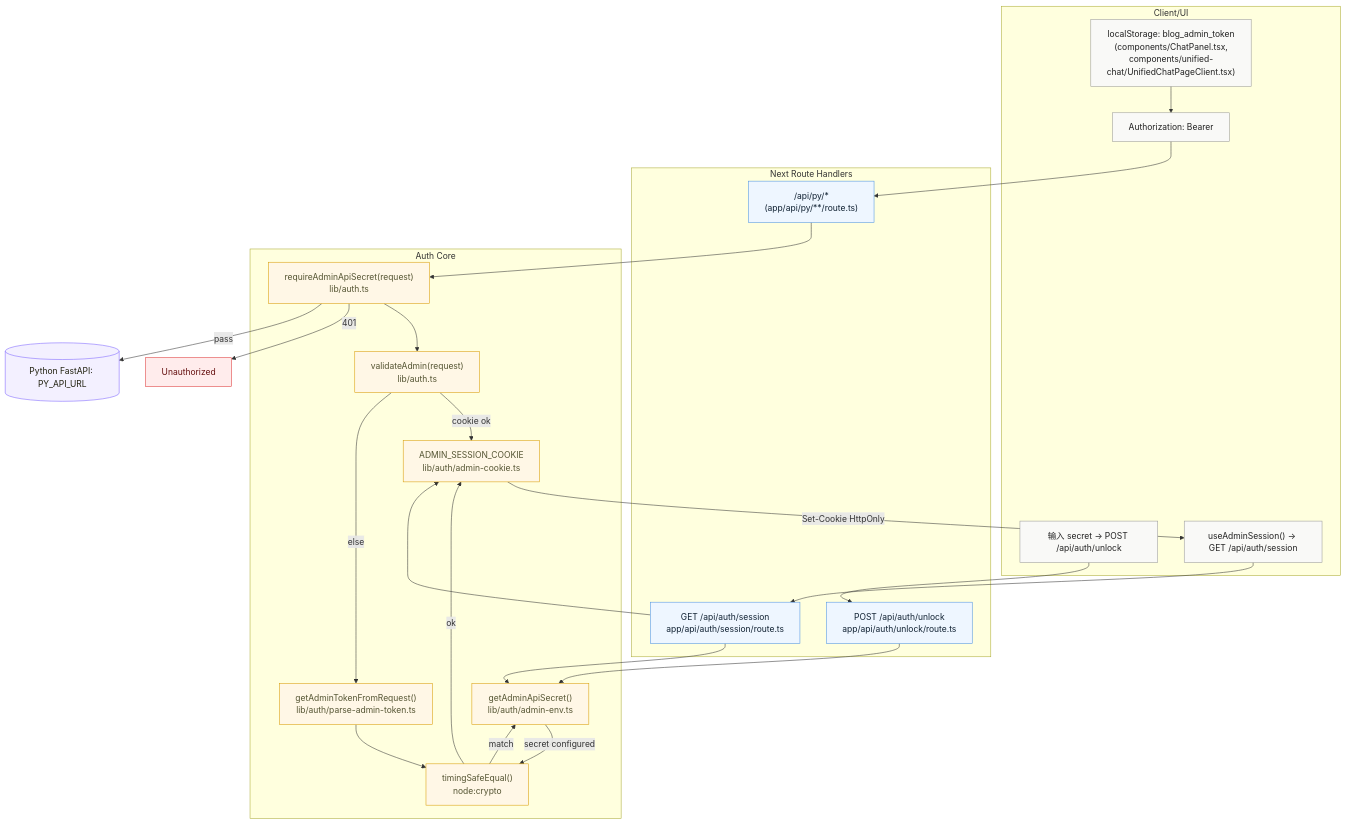
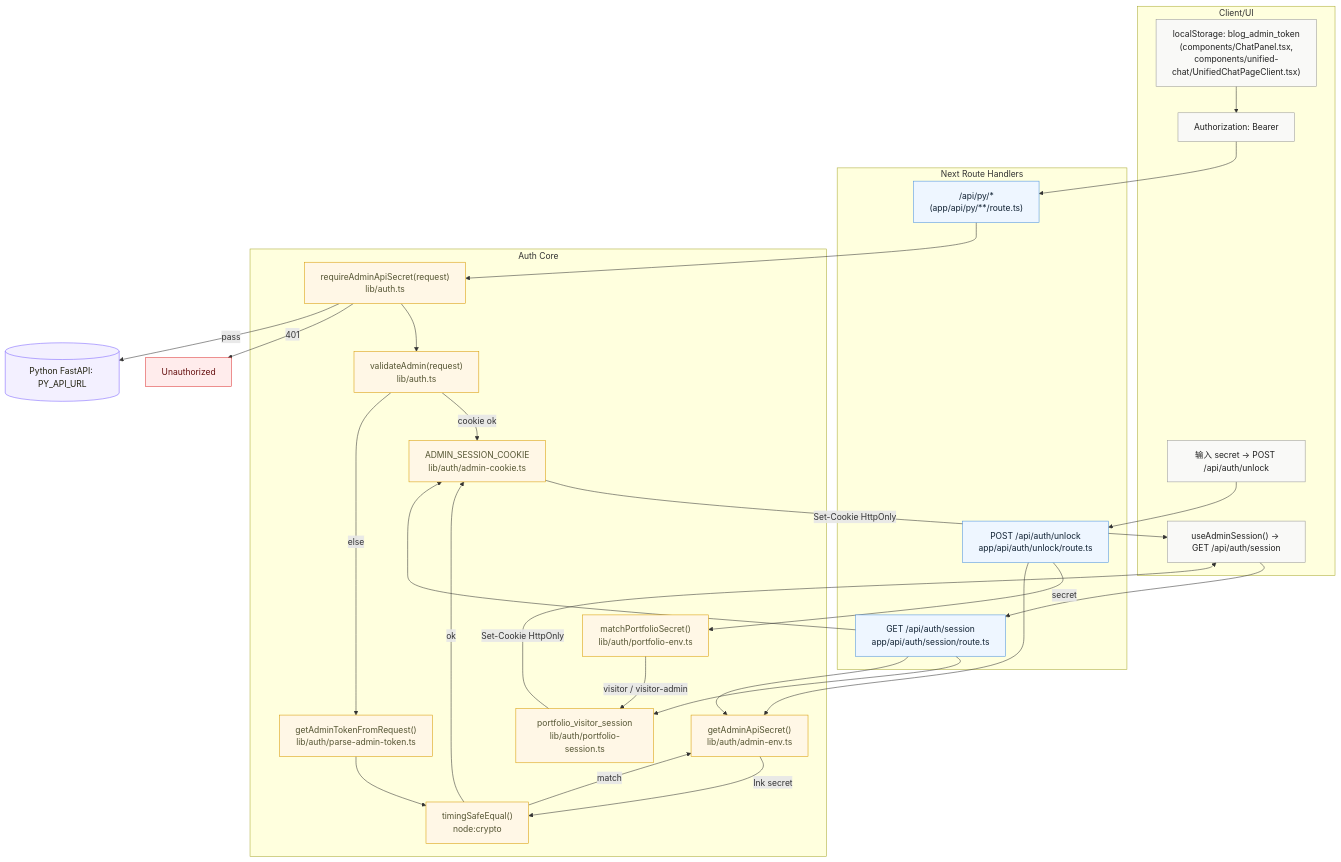
Before and after one commit to Cyning12/ai-ink-brain: the diagram in docs/_tech_graph/12_flow_auth.md, drawn with Mermaid. The commit also changed 20 other files, not shown here.

````diff
--- a/docs/_tech_graph/12_flow_auth.md
+++ b/docs/_tech_graph/12_flow_auth.md
@@ -1,54 +1,62 @@
 ```mermaid
 flowchart TD
   %% 12_flow_auth: 登录、权限、Session、Bearer（以真实代码为准）
 
   subgraph UI[Client/UI]
     LS["localStorage: blog_admin_token\n(components/ChatPanel.tsx,\ncomponents/unified-chat/UnifiedChatPageClient.tsx)"]:::c
     TOKEN["Authorization: Bearer <token>"]:::c
     UNLOCK_UI["输入 secret -> POST /api/auth/unlock"]:::c
     SESSION_UI["useAdminSession() -> GET /api/auth/session"]:::c
   end
 
   subgraph NEXT[Next Route Handlers]
     API_UNLOCK["POST /api/auth/unlock\napp/api/auth/unlock/route.ts"]:::a
     API_SESSION["GET /api/auth/session\napp/api/auth/session/route.ts"]:::a
     API_PY["/api/py/*\n(app/api/py/**/route.ts)"]:::a
   end
 
   subgraph AUTH[Auth Core]
     ENV["getAdminApiSecret()\nlib/auth/admin-env.ts"]:::s
+    PFENV["matchPortfolioSecret()\nlib/auth/portfolio-env.ts"]:::s
+    PFSESS["portfolio_visitor_session\nlib/auth/portfolio-session.ts"]:::s
     PARSE["getAdminTokenFromRequest()\nlib/auth/parse-admin-token.ts"]:::s
     COOKIE["ADMIN_SESSION_COOKIE\nlib/auth/admin-cookie.ts"]:::s
     VALIDATE["validateAdmin(request)\nlib/auth.ts"]:::s
     REQ["requireAdminApiSecret(request)\nlib/auth.ts"]:::s
     TSE["timingSafeEqual()\nnode:crypto"]:::s
   end
 
-  %% unlock cookie mint
-  UNLOCK_UI --> API_UNLOCK --> ENV
-  ENV -->|secret configured| TSE
+  %% unlock cookie mint（portfolio 优先 · W3）
+  UNLOCK_UI --> API_UNLOCK
+  API_UNLOCK -->|secret| PFENV
+  PFENV -->|visitor / visitor-admin| PFSESS
+  PFSESS -->|Set-Cookie HttpOnly| SESSION_UI
+  API_UNLOCK --> ENV
+  ENV -->|Ink secret| TSE
   TSE -->|ok| COOKIE
   COOKIE -->|Set-Cookie HttpOnly| SESSION_UI
 
   %% session check
-  SESSION_UI --> API_SESSION --> ENV
+  SESSION_UI --> API_SESSION
+  API_SESSION --> PFSESS
+  API_SESSION --> ENV
   API_SESSION --> COOKIE
 
   %% bearer path (token in header)
   LS --> TOKEN --> API_PY
 
   %% request gate
   API_PY --> REQ --> VALIDATE
   VALIDATE -->|cookie ok| COOKIE
   VALIDATE -->|else| PARSE --> TSE -->|match| ENV
 
   %% outcome
   REQ -->|401| DENY[Unauthorized]:::e
   REQ -->|pass| UPSTREAM[(Python FastAPI: PY_API_URL)]:::p
 
   classDef c fill:#f9f9f7,stroke:#999,color:#222;
   classDef a fill:#eef6ff,stroke:#4a90e2,color:#123;
   classDef s fill:#fff7e6,stroke:#d89b00,color:#553;
   classDef p fill:#f3f0ff,stroke:#7b61ff,color:#221;
   classDef e fill:#ffecec,stroke:#d33,color:#611;
 ```
````
